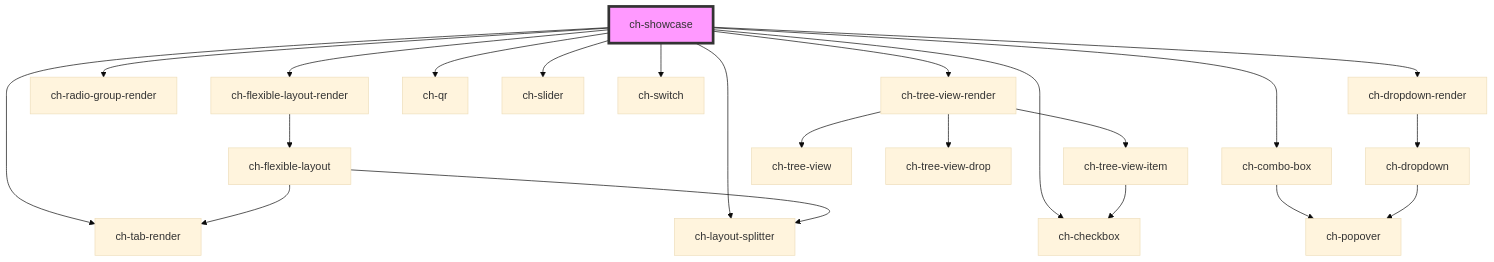
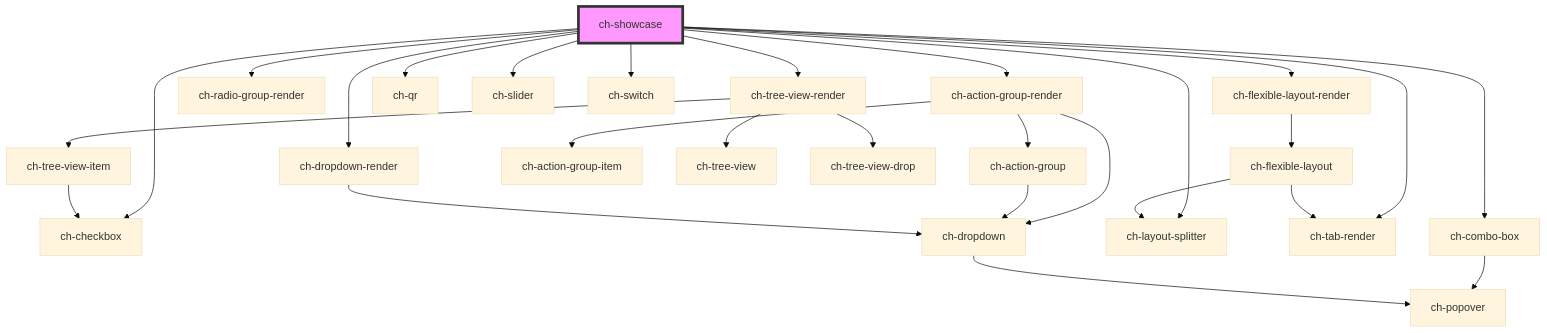
One commit to genexuslabs/chameleon-controls-library changed the diagram in src/showcase/assets/components/readme.md. Above: the diagram before and after it, drawn with Mermaid (base theme). The commit also changed other lines of this file and 1 other file, not shown here.

Commit message:
Update readmes

````diff
--- a/src/showcase/assets/components/readme.md
+++ b/src/showcase/assets/components/readme.md
@@ -37,25 +38,30 @@
 ```mermaid
 graph TD;
   ch-showcase --> ch-flexible-layout-render
   ch-showcase --> ch-checkbox
   ch-showcase --> ch-combo-box
   ch-showcase --> ch-radio-group-render
+  ch-showcase --> ch-action-group-render
   ch-showcase --> ch-dropdown-render
   ch-showcase --> ch-layout-splitter
   ch-showcase --> ch-qr
   ch-showcase --> ch-slider
   ch-showcase --> ch-switch
   ch-showcase --> ch-tab-render
   ch-showcase --> ch-tree-view-render
   ch-flexible-layout-render --> ch-flexible-layout
   ch-flexible-layout --> ch-tab-render
   ch-flexible-layout --> ch-layout-splitter
   ch-combo-box --> ch-popover
+  ch-action-group-render --> ch-dropdown
+  ch-action-group-render --> ch-action-group
+  ch-action-group-render --> ch-action-group-item
+  ch-dropdown --> ch-popover
+  ch-action-group --> ch-dropdown
   ch-dropdown-render --> ch-dropdown
-  ch-dropdown --> ch-popover
   ch-tree-view-render --> ch-tree-view
   ch-tree-view-render --> ch-tree-view-drop
   ch-tree-view-render --> ch-tree-view-item
   ch-tree-view-item --> ch-checkbox
   style ch-showcase fill:#f9f,stroke:#333,stroke-width:4px
 ```
````
